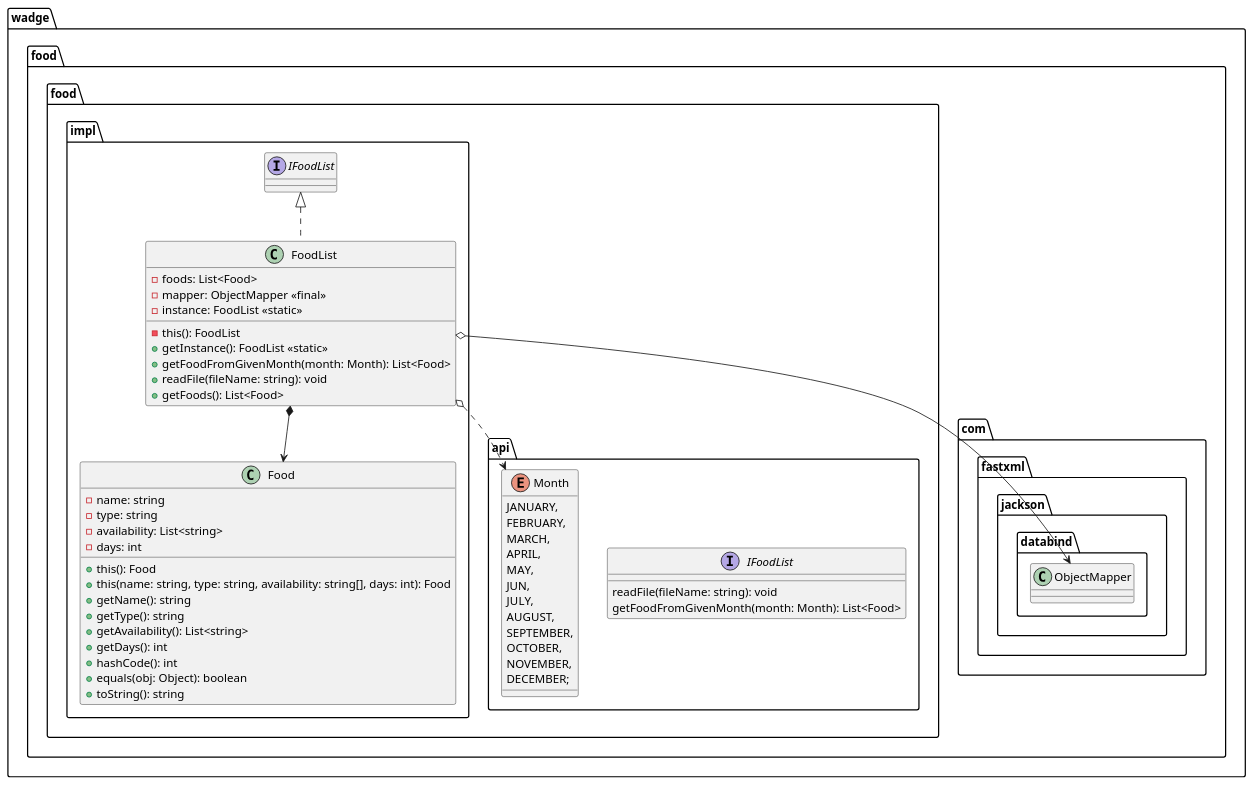
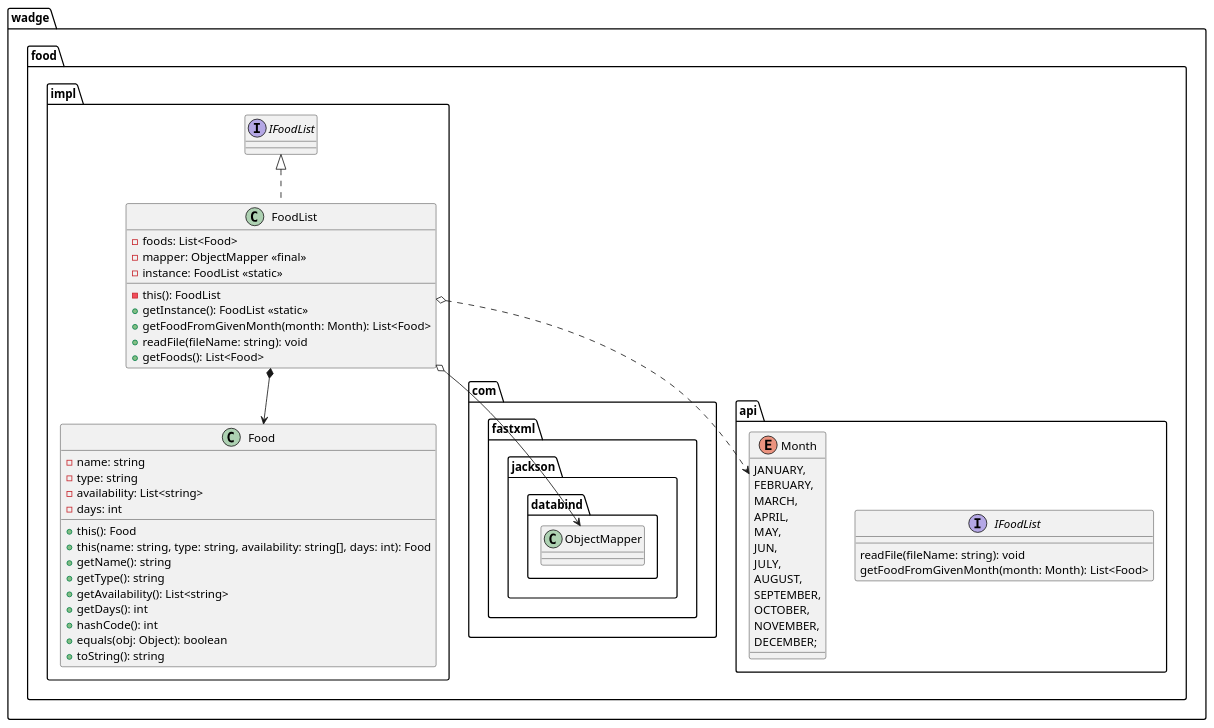
One commit to romainvacheret/wadge-backend changed the diagram in docs/diagram/class/food.puml. Above: the diagram before and after it, drawn with PlantUML. The commit also changed 2 other files, not shown here.

Commit message:
docs: clean diagrams

```diff
--- a/docs/diagram/class/food.puml
+++ b/docs/diagram/class/food.puml
@@ -1,65 +1,65 @@
 @startuml food
 
 package wadge.food {
 
         package com.fastxml.jackson.databind {
             class ObjectMapper {}
         }
 
-        package food.api{
+        package api{
             interface IFoodList{
                 readFile(fileName: string): void
                 getFoodFromGivenMonth(month: Month): List<Food> 
             }
 
             enum Month{
                 JANUARY,
                 FEBRUARY,
                 MARCH,
                 APRIL,
                 MAY,
                 JUN,
                 JULY,
                 AUGUST,
                 SEPTEMBER,
                 OCTOBER,
                 NOVEMBER,
                 DECEMBER;
             }
         }
 
-        package food.impl{
+        package impl{
             class Food {
                 - name: string
                 - type: string
                 - availability: List<string>
                 - days: int
                 + this(): Food
                 + this(name: string, type: string, availability: string[], days: int): Food
                 + getName(): string
                 + getType(): string
                 + getAvailability(): List<string>
                 + getDays(): int
                 + hashCode(): int
                 + equals(obj: Object): boolean
                 + toString(): string
             }
             
             class FoodList implements IFoodList {
                 - foods: List<Food>
                 - mapper: ObjectMapper <<final>>
                 - instance: FoodList <<static>>
                 - this(): FoodList
                 + getInstance(): FoodList <<static>>
                 + getFoodFromGivenMonth(month: Month): List<Food>
                 + readFile(fileName: string): void
                 + getFoods(): List<Food>
             }
         }
     }
 
     FoodList *--> Food
     FoodList o--> ObjectMapper
     FoodList o..> Month
 
 @enduml
```
